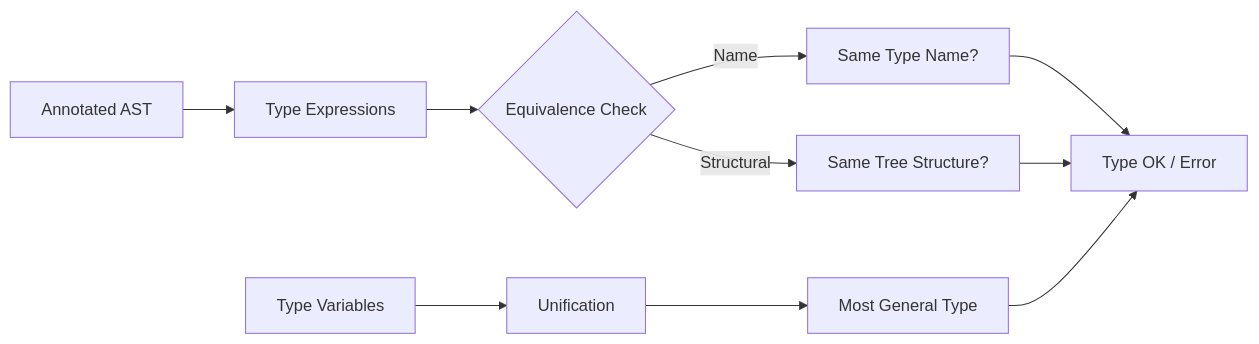
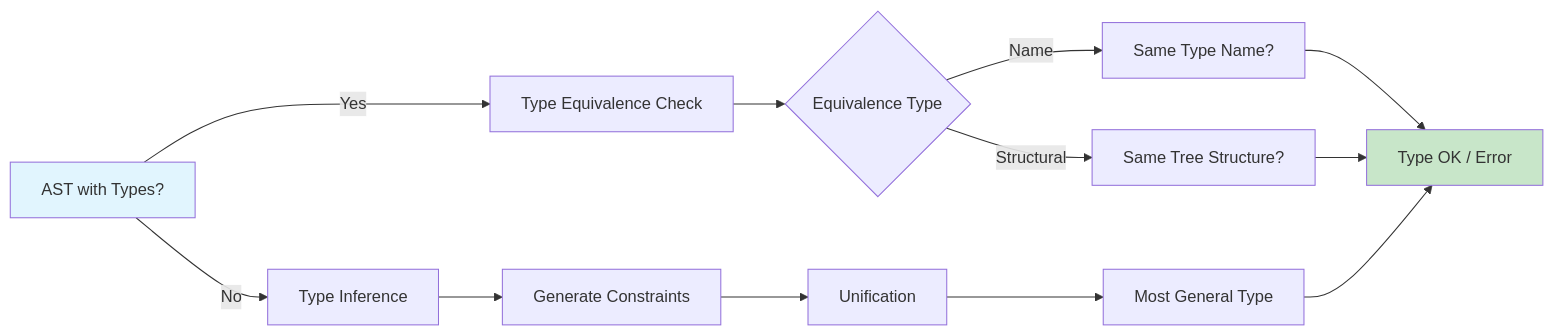
One commit to Raushan666java/ai-engineering-journey changed the diagram in docs/courses/compiler-design/07-type-checking.md. Above: the diagram before and after it, drawn with Mermaid. The commit also changed other lines of this file and 41 other files, not shown here.

````diff
--- a/docs/courses/compiler-design/07-type-checking.md
+++ b/docs/courses/compiler-design/07-type-checking.md
@@ -25,12 +25,16 @@
 ```mermaid
 flowchart LR
-    A[Annotated AST] --> B[Type Expressions]
-    B --> C{Equivalence Check}
-    C -->|Name| D[Same Type Name?]
-    C -->|Structural| E[Same Tree Structure?]
-    D --> F[Type OK / Error]
-    E --> F
-    G[Type Variables] --> H[Unification]
-    H --> I[Most General Type]
-    I --> F
+    A[AST with Types?] -->|Yes| B[Type Equivalence Check]
+    A -->|No| C[Type Inference]
+    C --> D[Generate Constraints]
+    D --> E[Unification]
+    E --> F[Most General Type]
+    B --> G{Equivalence Type}
+    G -->|Name| H[Same Type Name?]
+    G -->|Structural| I[Same Tree Structure?]
+    H --> J[Type OK / Error]
+    I --> J
+    F --> J
+    style A fill:#e1f5fe
+    style J fill:#c8e6c9
 ```
````
